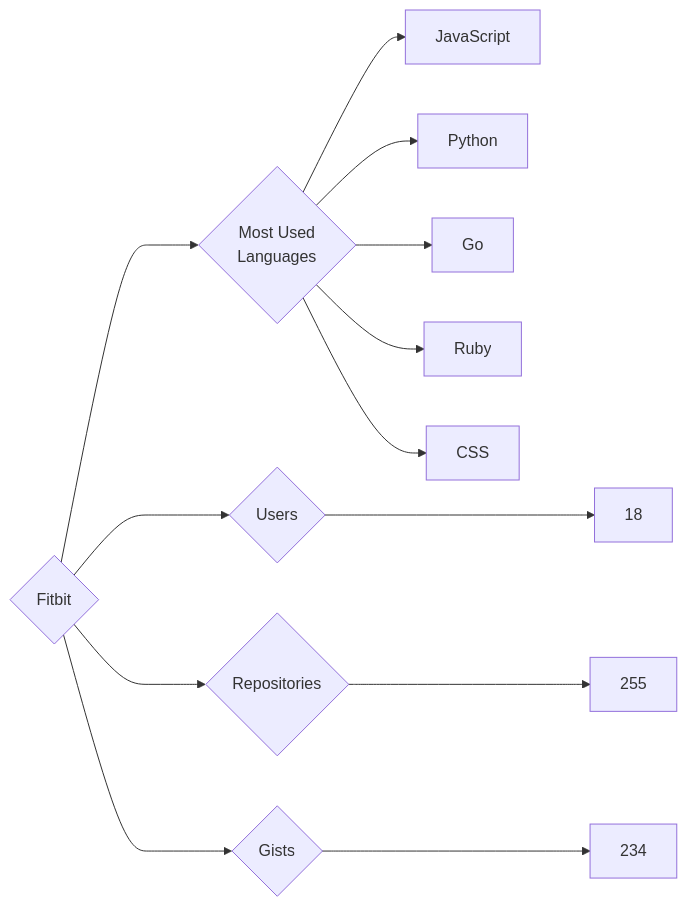
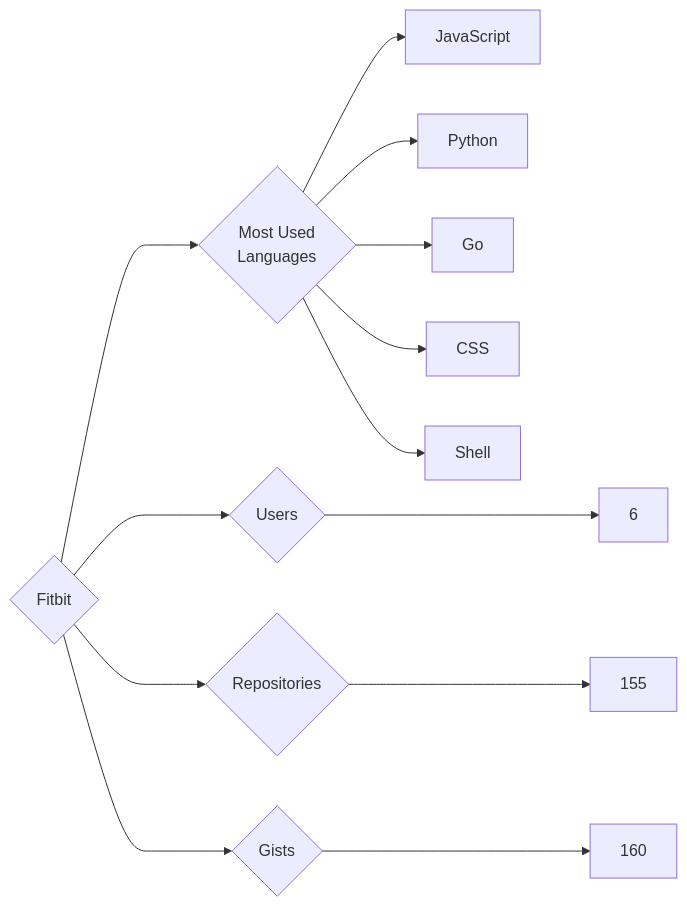
Before and after one commit to trickest/insiders: the diagram in targets/Fitbit/README.md, drawn with Mermaid. The commit also changed 644 other files, not shown here.

````diff
--- a/targets/Fitbit/README.md
+++ b/targets/Fitbit/README.md
@@ -3,13 +3,13 @@
 ```mermaid
 graph LR
 COMPANY_NAME{Fitbit}
-COMPANY_NAME ---> U{Users} ---> UN[18]
-COMPANY_NAME ---> R{Repositories} ---> RN[255]
-COMPANY_NAME ---> G{Gists} ---> GN[234]
+COMPANY_NAME ---> U{Users} ---> UN[6]
+COMPANY_NAME ---> R{Repositories} ---> RN[155]
+COMPANY_NAME ---> G{Gists} ---> GN[160]
 COMPANY_NAME ---> ML{Most Used<br>Languages}
 ML --> JavaScript[JavaScript]
 ML --> Python[Python]
 ML --> Go[Go]
-ML --> Ruby[Ruby]
 ML --> CSS[CSS]
+ML --> Shell[Shell]
 ```
````
